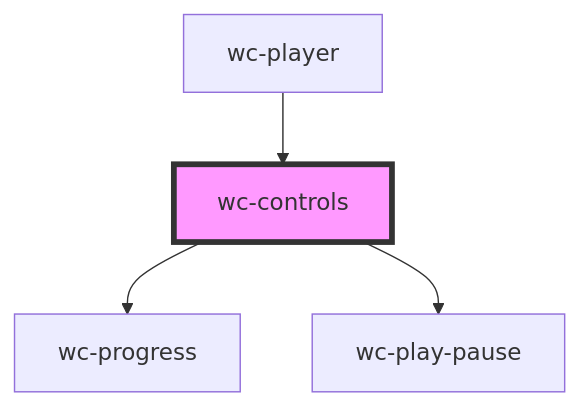
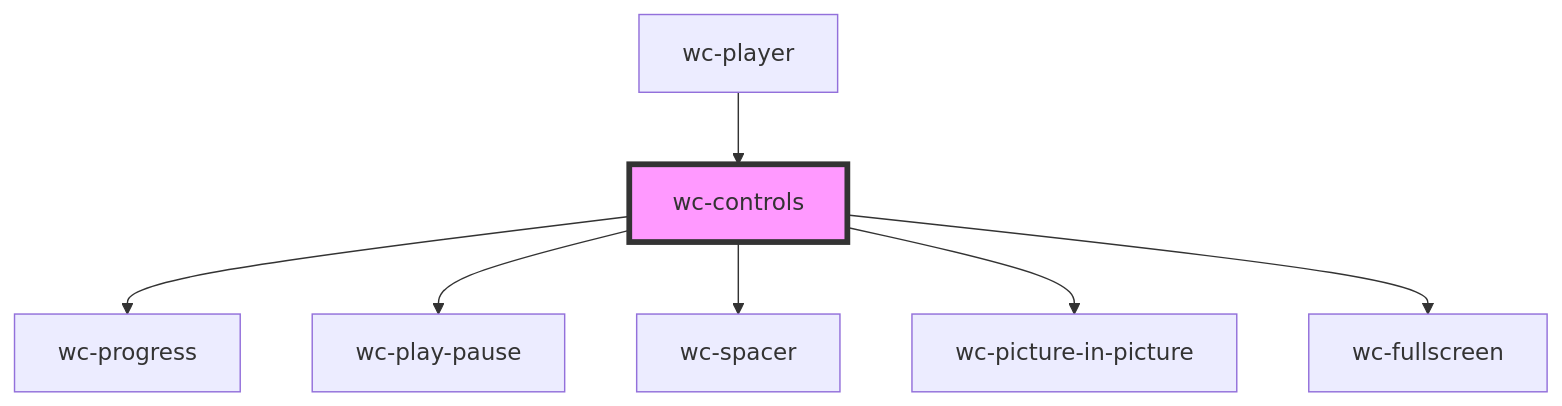
One commit to iChengbo/wcplayer changed the diagram in packages/wcplayer-components/src/components/wc-controls/readme.md. Above: the diagram before and after it, drawn with Mermaid. The commit also changed other lines of this file and 8 other files, not shown here.

Commit message:
feat: move wc-spacer & wc-pip & wc-fullscreen into wc-controls

````diff
--- a/packages/wcplayer-components/src/components/wc-controls/readme.md
+++ b/packages/wcplayer-components/src/components/wc-controls/readme.md
@@ -39,7 +49,10 @@
 ```mermaid
 graph TD;
   wc-controls --> wc-progress
   wc-controls --> wc-play-pause
+  wc-controls --> wc-spacer
+  wc-controls --> wc-picture-in-picture
+  wc-controls --> wc-fullscreen
   wc-player --> wc-controls
   style wc-controls fill:#f9f,stroke:#333,stroke-width:4px
 ```
````
